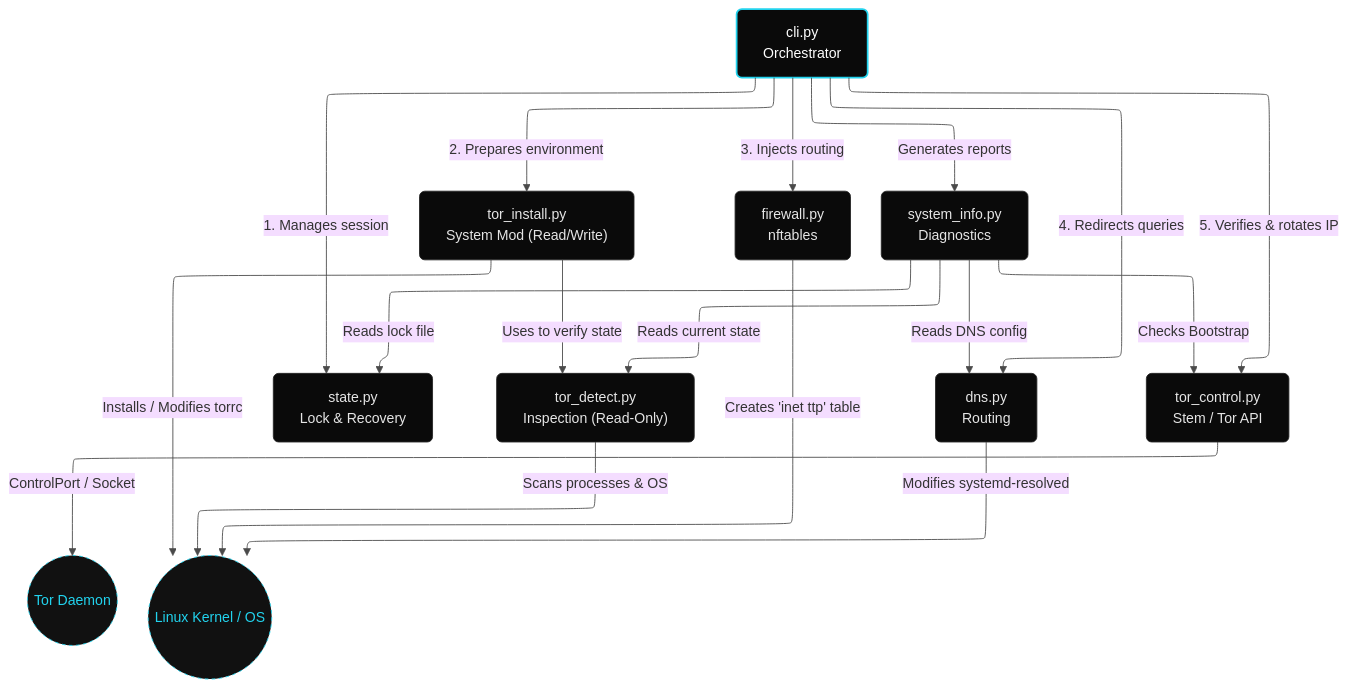
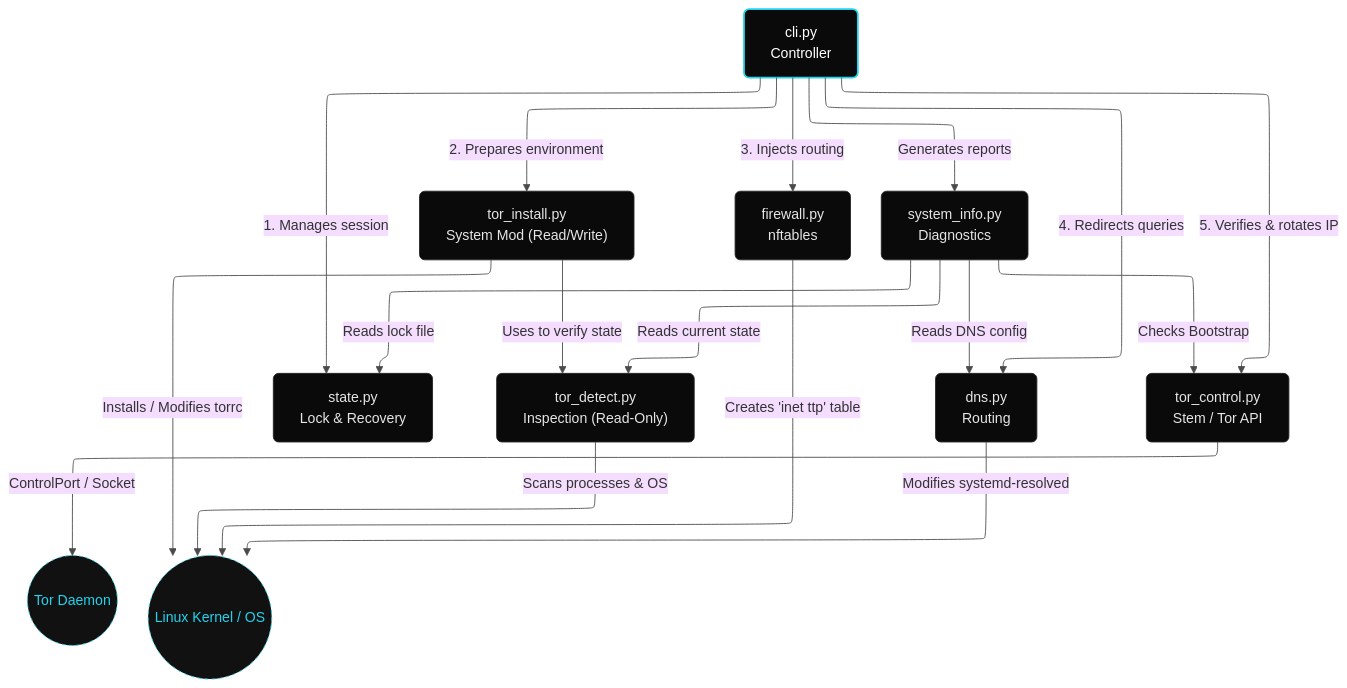
The diagram in docs/architecture.md (onyks-os/TransparentTorProxy), drawn with Mermaid before and after one commit. The commit also changed other lines of this file and 27 other files, not shown here.

````diff
--- a/docs/architecture.md
+++ b/docs/architecture.md
@@ -152,52 +156,52 @@
 ```mermaid
 %%{init: {
   "flowchart": {"defaultRenderer": "elk"},
   "theme": "base",
   "themeVariables": {
     "fontFamily": "JetBrains Mono, monospace",
     "background": "transparent",
     "lineColor": "#4a4a4a",
     "textColor": "#9ca3af"
   }
 }}%%
 graph TD
     classDef orchestrator fill:#0a0a0a,stroke:#22d3ee,stroke-width:2px,color:#fff,rx:6px,ry:6px
     classDef module fill:#0a0a0a,stroke:#262626,stroke-width:1px,color:#e5e5e5,rx:6px,ry:6px
     classDef system fill:#111111,stroke:#22d3ee,stroke-width:1px,stroke-dasharray: 4 4,color:#22d3ee,rx:6px,ry:6px
 
     %% Nodes
-    CLI["cli.py<br/>Orchestrator"]:::orchestrator
+    CLI["cli.py<br/>Controller"]:::orchestrator
     
     STATE["state.py<br/>Lock & Recovery"]:::module
     DETECT["tor_detect.py<br/>Inspection (Read-Only)"]:::module
     INSTALL["tor_install.py<br/>System Mod (Read/Write)"]:::module
     FIREWALL["firewall.py<br/>nftables"]:::module
     DNS["dns.py<br/>Routing"]:::module
     CONTROL["tor_control.py<br/>Stem / Tor API"]:::module
     SYSINFO["system_info.py<br/>Diagnostics"]:::module
 
     TOR(("Tor Daemon")):::system
     KERNEL(("Linux Kernel / OS")):::system
 
     %% Orchestrator Flow
     CLI -->|1. Manages session| STATE
     CLI -->|2. Prepares environment| INSTALL
     CLI -->|3. Injects routing| FIREWALL
     CLI -->|4. Redirects queries| DNS
     CLI -->|5. Verifies & rotates IP| CONTROL
     CLI -->|Generates reports| SYSINFO
 
     %% Inter-module Dependencies
     INSTALL -->|Uses to verify state| DETECT
     SYSINFO -->|Reads current state| DETECT
     SYSINFO -->|Reads lock file| STATE
     SYSINFO -->|Reads DNS config| DNS
     SYSINFO -->|Checks Bootstrap| CONTROL
 
     %% System Interactions
     INSTALL -->|Installs / Modifies torrc| KERNEL
     FIREWALL -->|Creates 'inet ttp' table| KERNEL
     DNS -->|Modifies systemd-resolved| KERNEL
     DETECT -->|Scans processes & OS| KERNEL
     CONTROL -->|ControlPort / Socket| TOR
 ```
````
